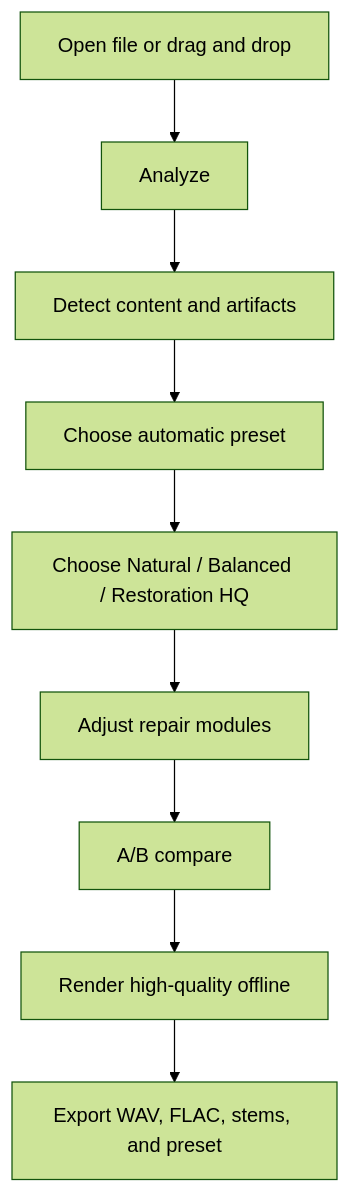
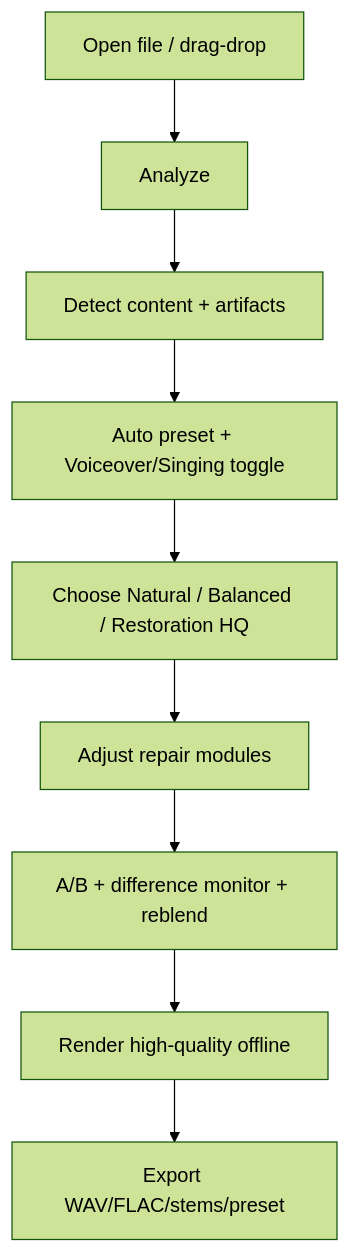
One commit to DanielKinsner/yes-voice changed the second of 2 diagrams in docs/research/consolidated-voice-restoration-research.md. Above: the diagram before and after it, drawn with Mermaid (forest theme). The commit also changed other lines of this file and 4 other files, not shown here.

````diff
--- a/docs/research/consolidated-voice-restoration-research.md
+++ b/docs/research/consolidated-voice-restoration-research.md
@@ -246,11 +341,11 @@
 ```mermaid
 flowchart TD
-    A[Open file or drag and drop] --> B[Analyze]
-    B --> C[Detect content and artifacts]
-    C --> D[Choose automatic preset]
+    A[Open file / drag-drop] --> B[Analyze]
+    B --> C[Detect content + artifacts]
+    C --> D[Auto preset + Voiceover/Singing toggle]
     D --> E[Choose Natural / Balanced / Restoration HQ]
     E --> F[Adjust repair modules]
-    F --> G[A/B compare]
+    F --> G[A/B + difference monitor + reblend]
     G --> H[Render high-quality offline]
-    H --> I[Export WAV, FLAC, stems, and preset]
+    H --> I[Export WAV/FLAC/stems/preset]
 ```
````
